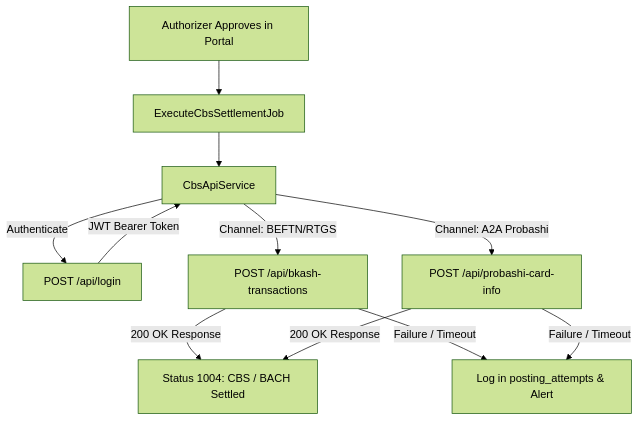
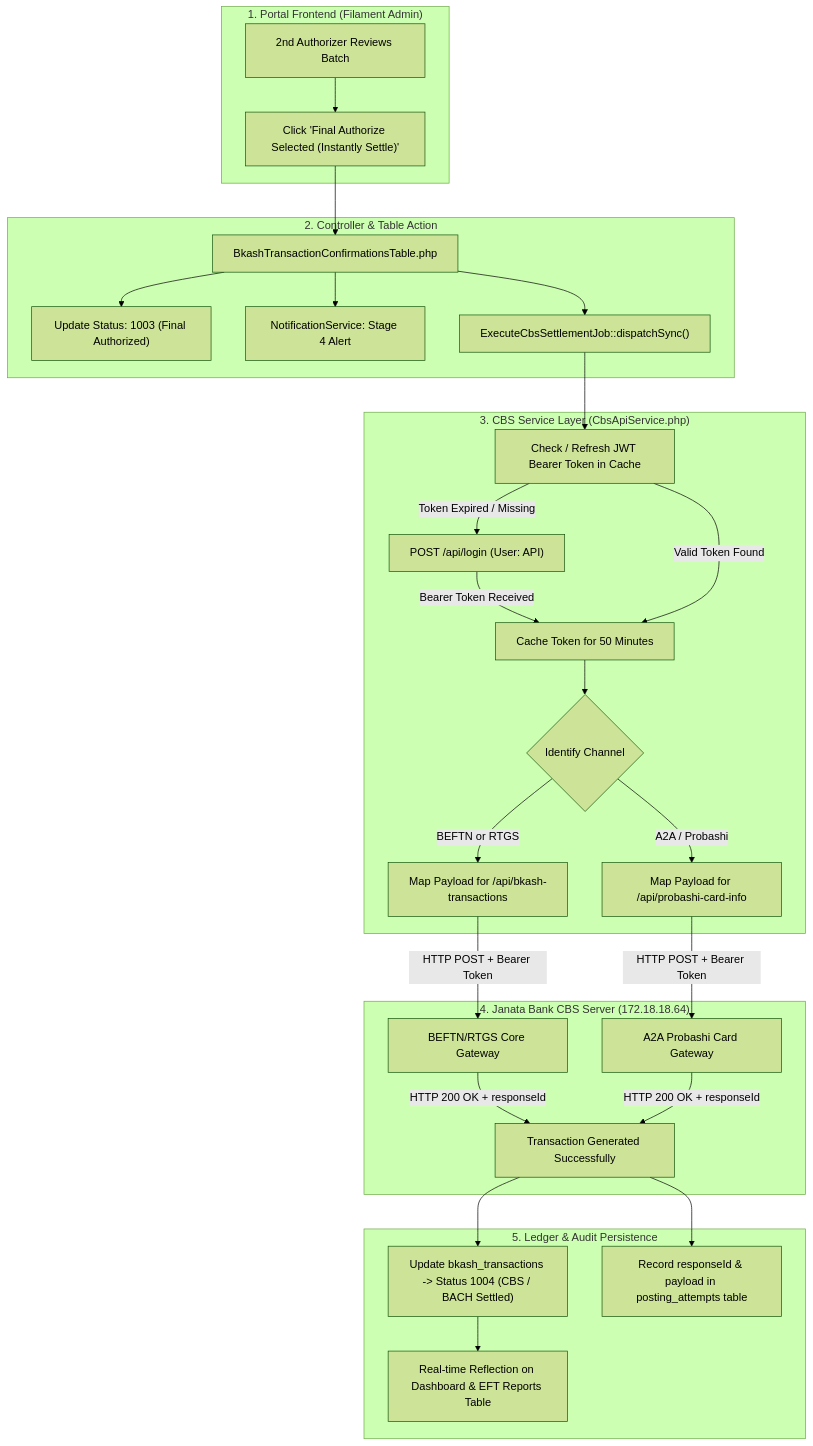
The diagram in README.md (syedarifulislamemon2010/jb-corporate---bkash), drawn with Mermaid (forest theme) before and after one commit. The commit also changed other lines of this file, not shown here.

Commit message:
Update README with API architecture

````diff
--- a/README.md
+++ b/README.md
@@ -29,11 +31,35 @@
 ```mermaid
 flowchart TD
-    A[Authorizer Approves in Portal] --> B[ExecuteCbsSettlementJob]
-    B --> C[CbsApiService]
-    C -->|Authenticate| D[POST /api/login]
-    D -->|JWT Bearer Token| C
-    C -->|Channel: BEFTN/RTGS| E[POST /api/bkash-transactions]
-    C -->|Channel: A2A Probashi| F[POST /api/probashi-card-info]
-    E & F -->|200 OK Response| G[Status 1004: CBS / BACH Settled]
-    E & F -->|Failure / Timeout| H[Log in posting_attempts & Alert]
+    subgraph UI ["1. Portal Frontend (Filament Admin)"]
+        A["2nd Authorizer Reviews Batch"] --> B["Click 'Final Authorize Selected (Instantly Settle)'"]
+    end
+
+    subgraph Controller ["2. Controller & Table Action"]
+        B --> C["BkashTransactionConfirmationsTable.php"]
+        C --> D["Update Status: 1003 (Final Authorized)"]
+        C --> E["NotificationService: Stage 4 Alert"]
+        C --> F["ExecuteCbsSettlementJob::dispatchSync()"]
+    end
+
+    subgraph Service ["3. CBS Service Layer (CbsApiService.php)"]
+        F --> G["Check / Refresh JWT Bearer Token in Cache"]
+        G -->|Token Expired / Missing| H["POST /api/login (User: API)"]
+        H -->|Bearer Token Received| I["Cache Token for 50 Minutes"]
+        G -->|Valid Token Found| I
+        I --> J{"Identify Channel"}
+        J -->|BEFTN or RTGS| K["Map Payload for /api/bkash-transactions"]
+        J -->|A2A / Probashi| L["Map Payload for /api/probashi-card-info"]
+    end
+
+    subgraph BankServer ["4. Janata Bank CBS Server (172.18.18.64)"]
+        K -->|HTTP POST + Bearer Token| M["BEFTN/RTGS Core Gateway"]
+        L -->|HTTP POST + Bearer Token| N["A2A Probashi Card Gateway"]
+        M & N -->|HTTP 200 OK + responseId| O["Transaction Generated Successfully"]
+    end
+
+    subgraph Database ["5. Ledger & Audit Persistence"]
+        O --> P["Update bkash_transactions -> Status 1004 (CBS / BACH Settled)"]
+        O --> Q["Record responseId & payload in posting_attempts table"]
+        P --> R["Real-time Reflection on Dashboard & EFT Reports Table"]
+    end
 ```
````
